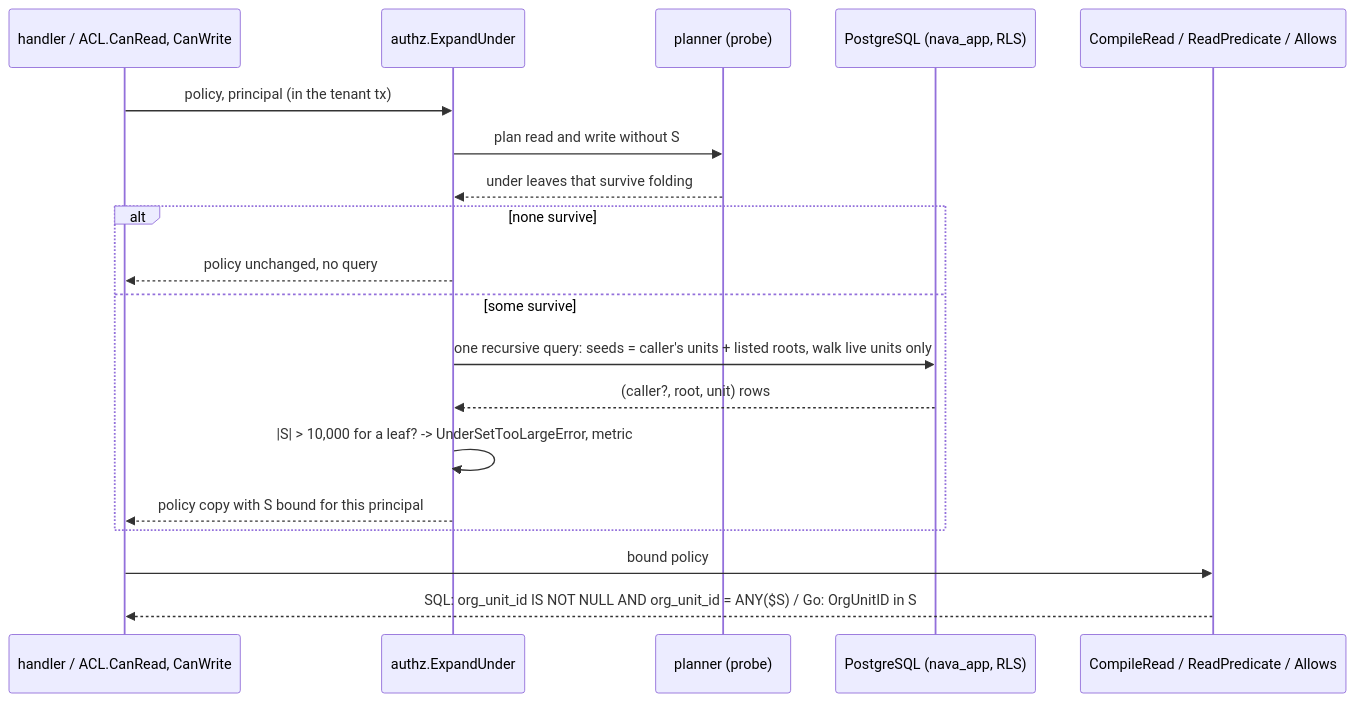
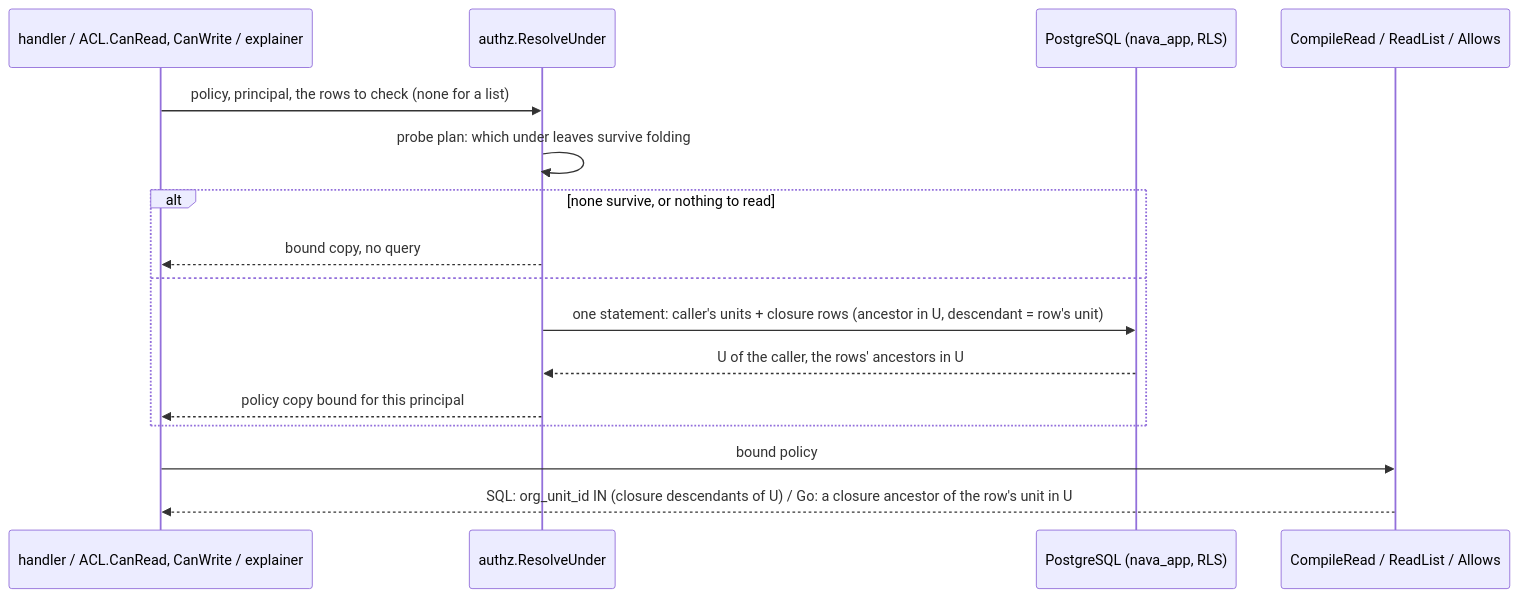
One commit to Navaladi2019/TicketingSystem changed the diagram in docs/architecture/access-under-leaf.md. Above: the diagram before and after it, drawn with Mermaid. The commit also changed other lines of this file and 38 other files, not shown here.

````diff
--- a/docs/architecture/access-under-leaf.md
+++ b/docs/architecture/access-under-leaf.md
@@ -19,21 +22,18 @@
 ```mermaid
 sequenceDiagram
-    participant H as handler / ACL.CanRead, CanWrite
-    participant E as authz.ExpandUnder
-    participant P as planner (probe)
+    participant H as handler / ACL.CanRead, CanWrite / explainer
+    participant RU as authz.ResolveUnder
     participant DB as PostgreSQL (nava_app, RLS)
-    participant R as CompileRead / ReadPredicate / Allows
-    H->>E: policy, principal (in the tenant tx)
-    E->>P: plan read and write without S
-    P-->>E: under leaves that survive folding
-    alt none survive
-        E-->>H: policy unchanged, no query
-    else some survive
-        E->>DB: one recursive query: seeds = caller's units + listed roots, walk live units only
-        DB-->>E: (caller?, root, unit) rows
-        E->>E: |S| > 10,000 for a leaf? -> UnderSetTooLargeError, metric
-        E-->>H: policy copy with S bound for this principal
+    participant R as CompileRead / ReadList / Allows
+    H->>RU: policy, principal, the rows to check (none for a list)
+    RU->>RU: probe plan: which under leaves survive folding
+    alt none survive, or nothing to read
+        RU-->>H: bound copy, no query
+    else
+        RU->>DB: one statement: caller's units + closure rows (ancestor in U, descendant = row's unit)
+        DB-->>RU: U of the caller, the rows' ancestors in U
+        RU-->>H: policy copy bound for this principal
     end
     H->>R: bound policy
-    R-->>H: SQL: org_unit_id IS NOT NULL AND org_unit_id = ANY($S) / Go: OrgUnitID in S
+    R-->>H: SQL: org_unit_id IN (closure descendants of U) / Go: a closure ancestor of the row's unit in U
 ```
````
